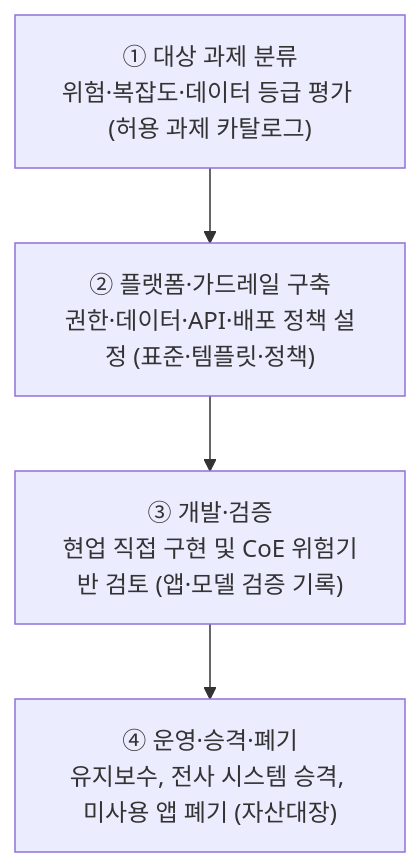
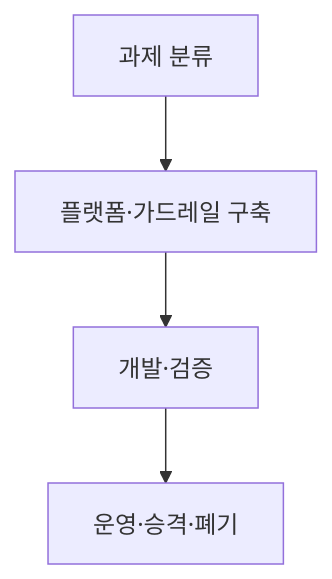
Before and after one commit to agnusdei1207/study: the second of 3 diagrams in src/content/docs/notes/itpe/01-it-strategy/098_democratization_of_expertise.md, drawn with Mermaid. The commit also changed other lines of this file and 18 other files, not shown here.

````diff
--- a/src/content/docs/notes/itpe/01-it-strategy/098_democratization_of_expertise.md
+++ b/src/content/docs/notes/itpe/01-it-strategy/098_democratization_of_expertise.md
@@ -90,8 +89,4 @@
 ```mermaid
 flowchart TD
-    S1["① 대상 과제 분류<br/>위험·복잡도·데이터 등급 평가 (허용 과제 카탈로그)"]
-    S2["② 플랫폼·가드레일 구축<br/>권한·데이터·API·배포 정책 설정 (표준·템플릿·정책)"]
-    S3["③ 개발·검증<br/>현업 직접 구현 및 CoE 위험기반 검토 (앱·모델 검증 기록)"]
-    S4["④ 운영·승격·폐기<br/>유지보수, 전사 시스템 승격, 미사용 앱 폐기 (자산대장)"]
-    S1 --> S2 --> S3 --> S4
+    S1["과제 분류"] --> S2["플랫폼·가드레일 구축"] --> S3["개발·검증"] --> S4["운영·승격·폐기"]
 ```
````
